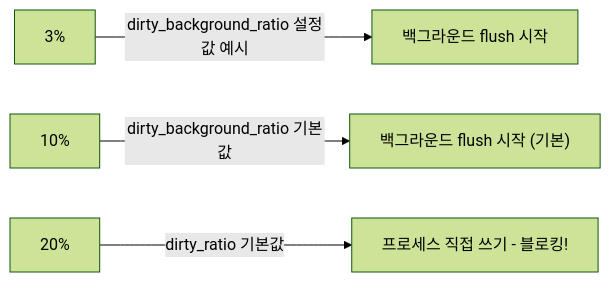
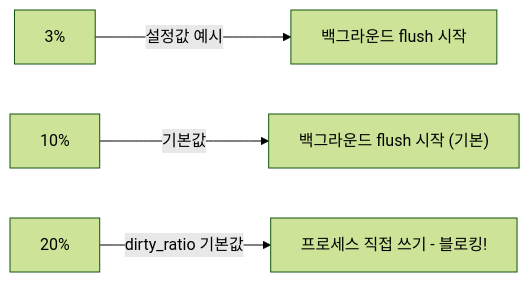
The third of 3 diagrams in content/linux/boot-init/kernel-parameters.md (moonblueblue/devops-wiki), drawn with Mermaid (forest theme) before and after one commit. The commit also changed 6 other files, not shown here.

First line of the commit message:
style: Mermaid 노드 라벨 줄바꿈 규칙 적용 및 CLAUDE.md 업데이트

````diff
--- a/content/linux/boot-init/kernel-parameters.md
+++ b/content/linux/boot-init/kernel-parameters.md
@@ -195,6 +195,6 @@
 ```mermaid
 graph LR
-    A["3%"] -->|dirty_background_ratio 설정값 예시| B["백그라운드 flush 시작"]
-    C["10%"] -->|dirty_background_ratio 기본값| D["백그라운드 flush 시작 (기본)"]
+    A["3%"] -->|설정값 예시| B["백그라운드 flush 시작"]
+    C["10%"] -->|기본값| D["백그라운드 flush 시작 (기본)"]
     E["20%"] -->|dirty_ratio 기본값| F["프로세스 직접 쓰기 - 블로킹!"]
 ```
````
